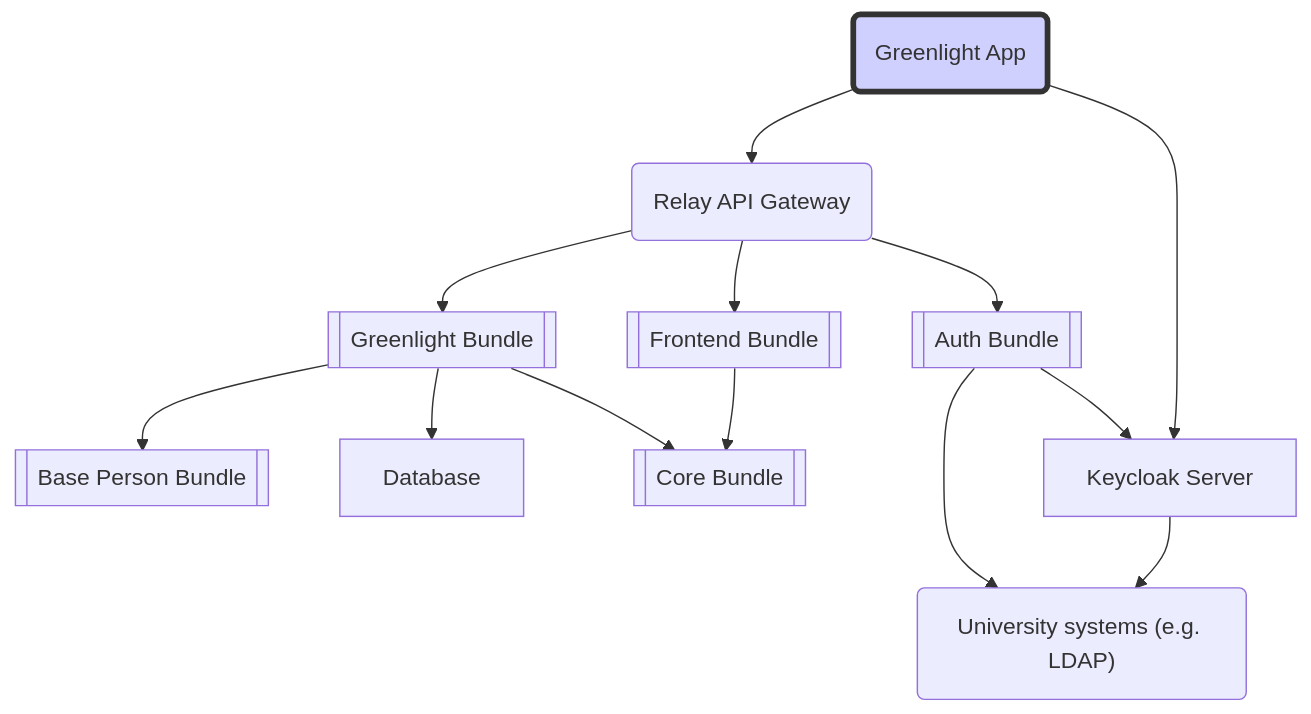
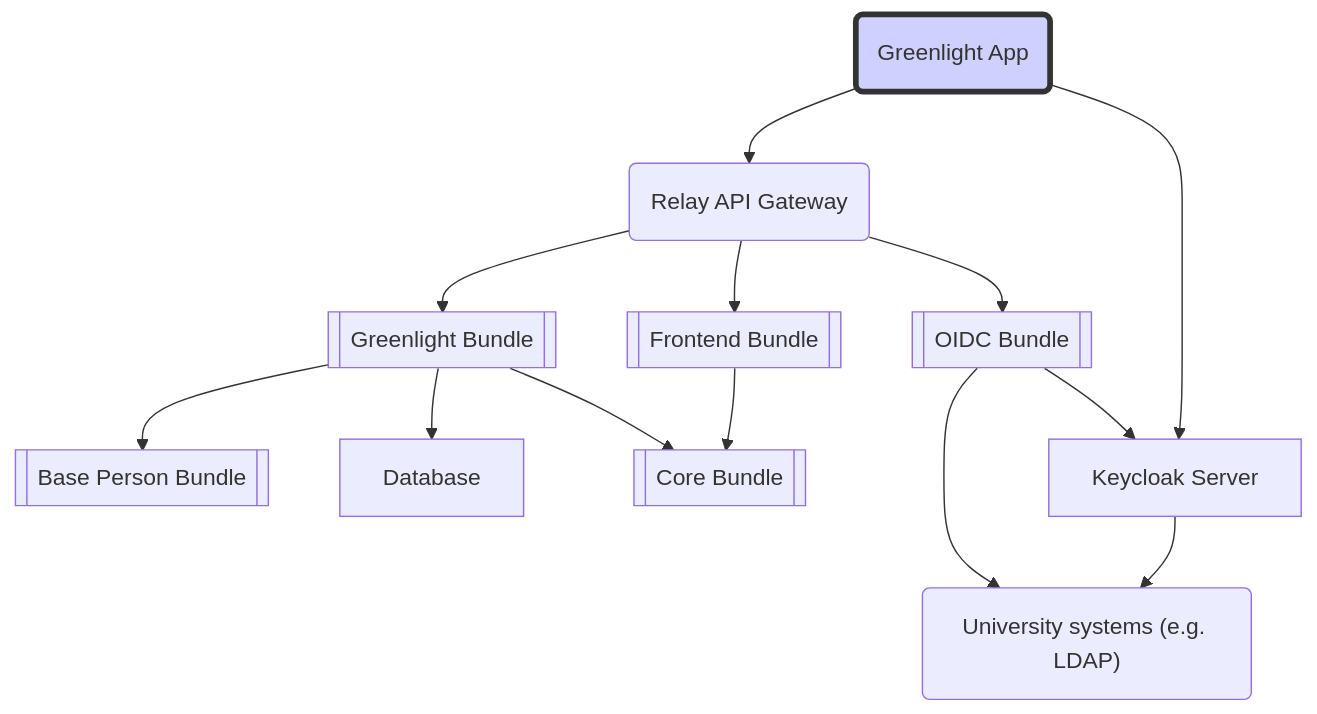
One commit to digital-blueprint/handbook changed the diagram in docs/blueprints/greenlight.md. Above: the diagram before and after it, drawn with Mermaid. The commit also changed other lines of this file and 3 other files, not shown here.

Commit message:
More auth->oidc renaming

````diff
--- a/docs/blueprints/greenlight.md
+++ b/docs/blueprints/greenlight.md
@@ -36,17 +36,17 @@
 ```{.mermaid style="max-width:600px; margin: auto"}
 graph TB
     frontend(Greenlight App)-->relay(Relay API Gateway)
     frontend-->keycloak[Keycloak Server]
     relay-->greenlight-bundle[[Greenlight Bundle]]
     relay-->frontend-bundle[[Frontend Bundle]]
-    relay-->auth-bundle[[Auth Bundle]]
+    relay-->oidc-bundle[[OIDC Bundle]]
     greenlight-bundle-->base-person-bundle[[Base Person Bundle]]
     greenlight-bundle-->database[Database]
     greenlight-bundle-->core-bundle[[Core Bundle]]
     frontend-bundle-->core-bundle
-    auth-bundle-->local-system("University systems (e.g. LDAP)")
-    auth-bundle-->keycloak
+    oidc-bundle-->local-system("University systems (e.g. LDAP)")
+    oidc-bundle-->keycloak
     keycloak-->local-system
 
     style frontend fill:#d0d0ff,stroke:#333,stroke-width:4px
 ```
````
